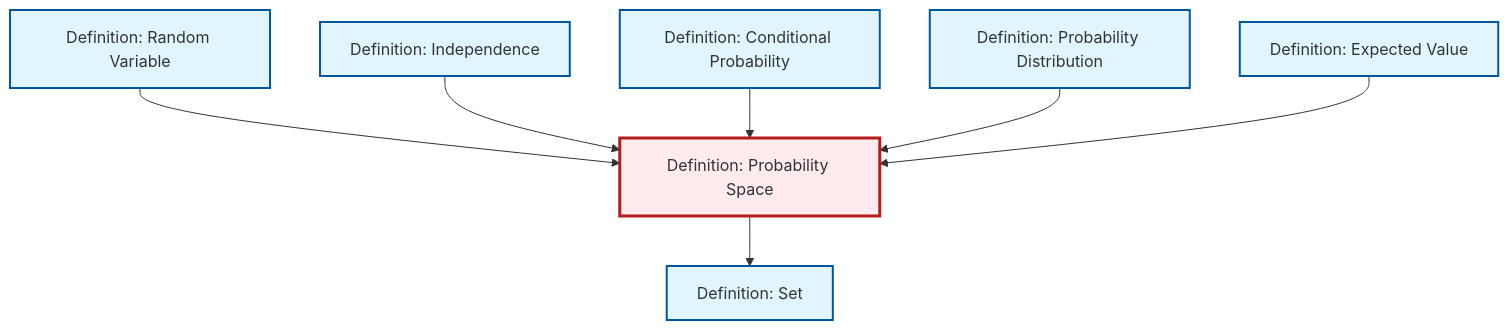
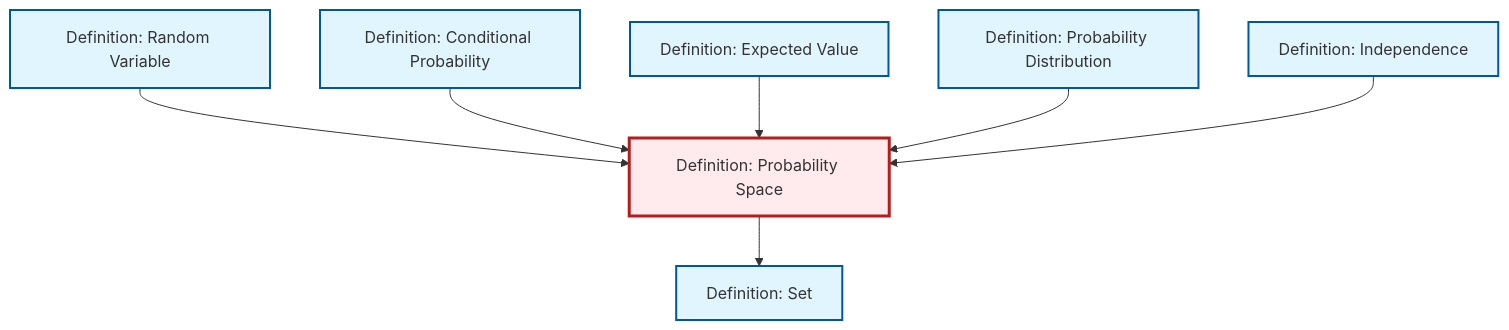
Before and after one commit to RK0429/ModernMath: the diagram in content/en/probability-statistics/def-probability-space.qmd, drawn with Mermaid. The commit also changed other lines of this file and 654 other files, not shown here.

````diff
--- a/content/en/probability-statistics/def-probability-space.qmd
+++ b/content/en/probability-statistics/def-probability-space.qmd
@@ -46,29 +46,29 @@
 ```{mermaid}
 %%| fig-cap: "Local dependency graph"
 graph TD
     classDef definition fill:#e1f5fe,stroke:#01579b,stroke-width:2px
     classDef theorem fill:#f3e5f5,stroke:#4a148c,stroke-width:2px
     classDef axiom fill:#fff3e0,stroke:#e65100,stroke-width:2px
     classDef example fill:#e8f5e9,stroke:#1b5e20,stroke-width:2px
     classDef current fill:#ffebee,stroke:#b71c1c,stroke-width:3px
-    def-independence["Definition: Independence"]:::definition
-    def-conditional-probability["Definition: Conditional Probability"]:::definition
-    def-probability-space["Definition: Probability Space"]:::definition
+    def-set["Definition: Set"]:::definition
     def-expectation["Definition: Expected Value"]:::definition
     def-probability-distribution["Definition: Probability Distribution"]:::definition
-    def-set["Definition: Set"]:::definition
+    def-conditional-probability["Definition: Conditional Probability"]:::definition
     def-random-variable["Definition: Random Variable"]:::definition
+    def-independence["Definition: Independence"]:::definition
+    def-probability-space["Definition: Probability Space"]:::definition
+    def-probability-space --> def-set
     def-random-variable --> def-probability-space
-    def-probability-space --> def-set
+    def-conditional-probability --> def-probability-space
+    def-expectation --> def-probability-space
+    def-probability-distribution --> def-probability-space
     def-independence --> def-probability-space
-    def-conditional-probability --> def-probability-space
-    def-probability-distribution --> def-probability-space
-    def-expectation --> def-probability-space
     class def-probability-space current
-    click def-independence "def-independence.html" "Go to Independence definition"
-    click def-conditional-probability "def-conditional-probability.html" "Go to Conditional Probability definition"
+    click def-set "def-set.html" "Go to Set definition"
     click def-expectation "def-expectation.html" "Go to Expected Value definition"
     click def-probability-distribution "def-probability-distribution.html" "Go to Probability Distribution definition"
-    click def-set "def-set.html" "Go to Set definition"
+    click def-conditional-probability "def-conditional-probability.html" "Go to Conditional Probability definition"
     click def-random-variable "def-random-variable.html" "Go to Random Variable definition"
+    click def-independence "def-independence.html" "Go to Independence definition"
 ```
````
